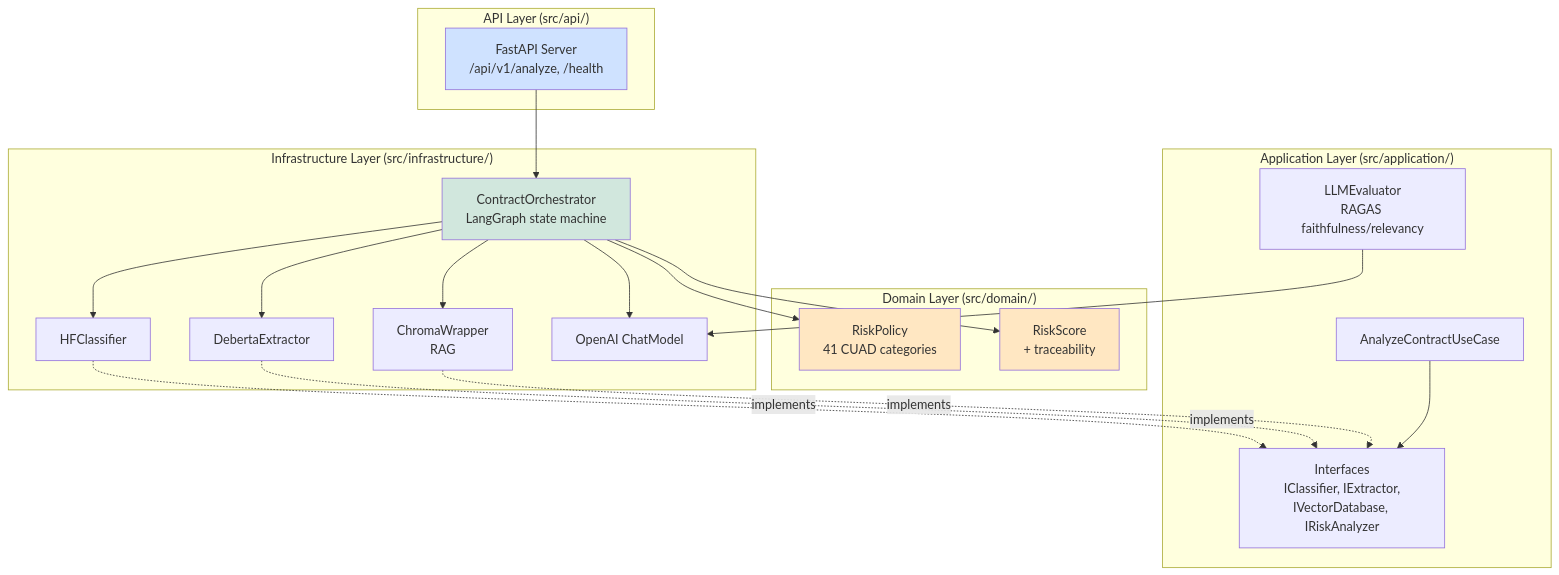
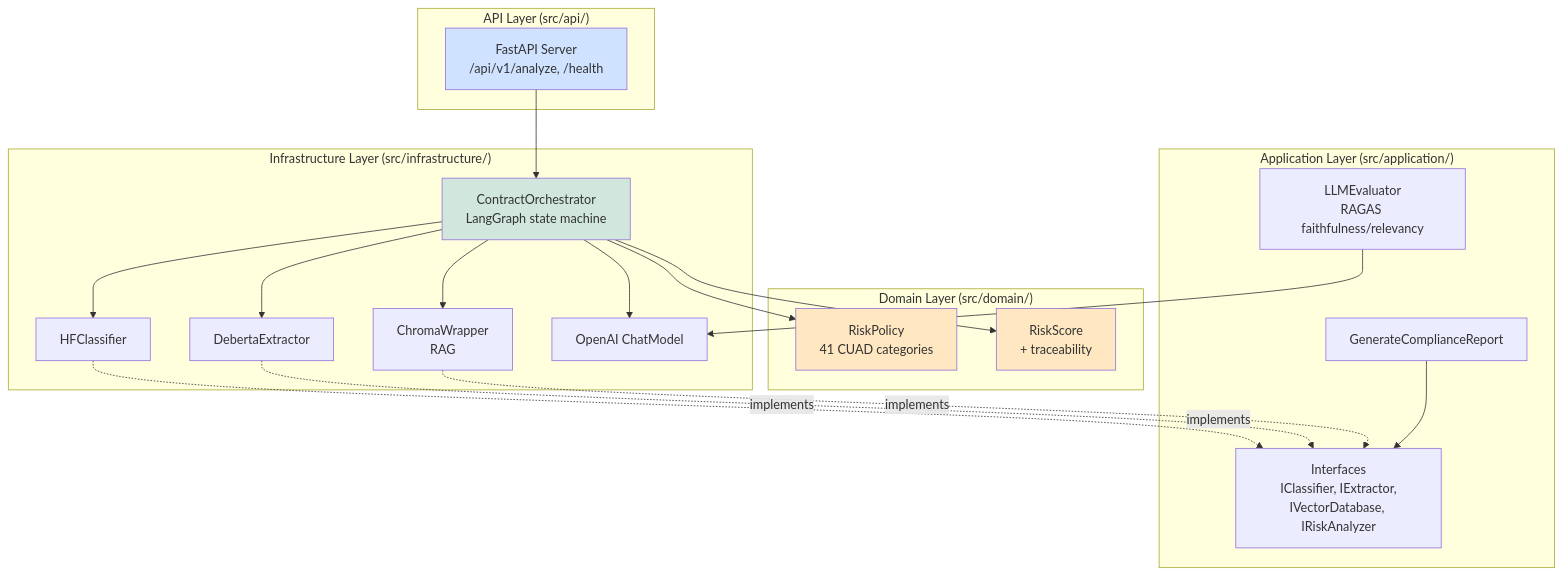
One commit to milanovicmilos/contract-lens changed the first of 5 diagrams in docs/arch.md. Above: the diagram before and after it, drawn with Mermaid. The commit also changed other lines of this file and 3 other files, not shown here.

First line of the commit message:
chore: remove unused AnalyzeContractUseCase

````diff
--- a/docs/arch.md
+++ b/docs/arch.md
@@ -8,43 +8,43 @@
 ```mermaid
 graph TB
     subgraph "API Layer (src/api/)"
         FA[FastAPI Server<br/>/api/v1/analyze, /health]
     end
 
     subgraph "Application Layer (src/application/)"
-        UC[AnalyzeContractUseCase]
+        UC[GenerateComplianceReport]
         IF[Interfaces<br/>IClassifier, IExtractor,<br/>IVectorDatabase, IRiskAnalyzer]
         EV[LLMEvaluator<br/>RAGAS faithfulness/relevancy]
     end
 
     subgraph "Domain Layer (src/domain/)"
         RP[RiskPolicy<br/>41 CUAD categories]
         RS[RiskScore<br/>+ traceability]
     end
 
     subgraph "Infrastructure Layer (src/infrastructure/)"
         OR[ContractOrchestrator<br/>LangGraph state machine]
         HC[HFClassifier]
         DE[DebertaExtractor]
         CW[ChromaWrapper<br/>RAG]
         LLM[OpenAI ChatModel]
     end
 
     FA --> OR
     OR --> HC
     OR --> DE
     OR --> CW
     OR --> LLM
     OR --> RP
     OR --> RS
     UC --> IF
     EV --> LLM
     HC -.implements.-> IF
     DE -.implements.-> IF
     CW -.implements.-> IF
 
     style FA fill:#cfe2ff
     style RP fill:#ffe7c2
     style RS fill:#ffe7c2
     style OR fill:#d1e7dd
 ```
````
